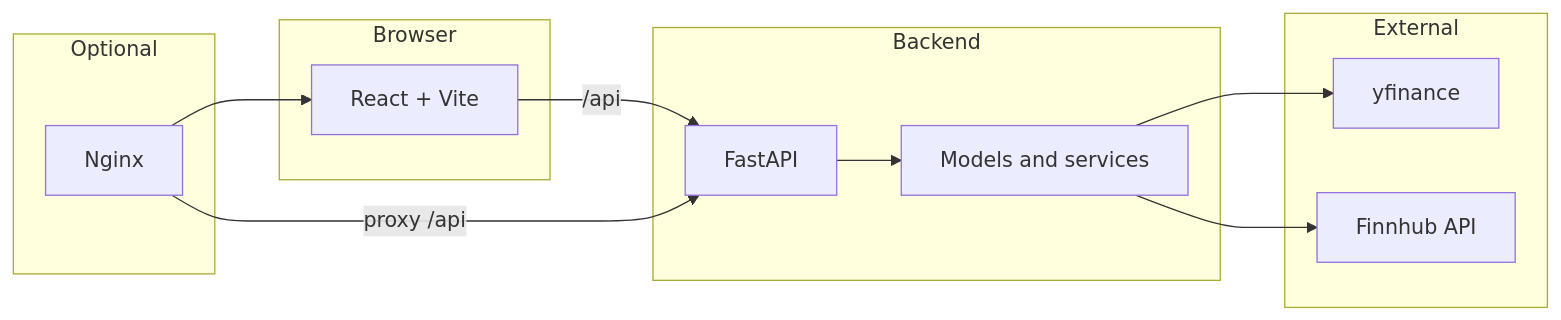
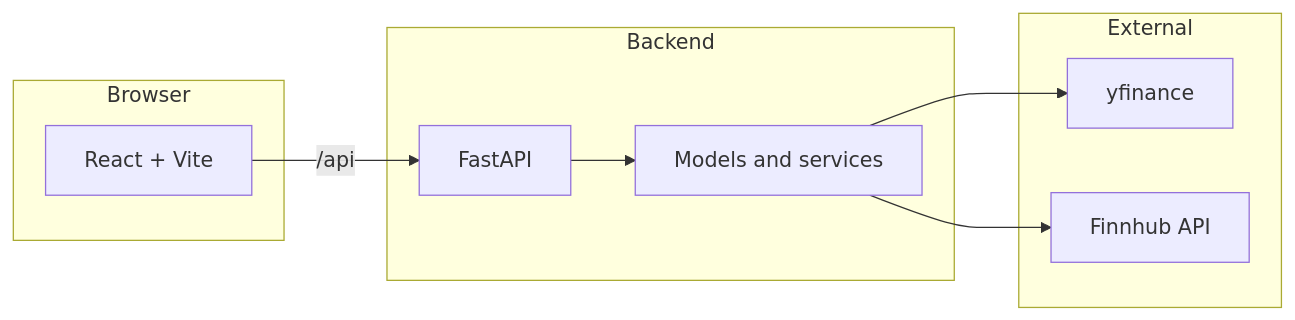
The diagram in README.md (deepsahu21/Quantara), drawn with Mermaid before and after one commit. The commit also changed other lines of this file and 40 other files, not shown here.

````diff
--- a/README.md
+++ b/README.md
@@ -72,23 +75,18 @@
 ```mermaid
 flowchart LR
   subgraph client [Browser]
     UI[React + Vite]
-  end
-  subgraph edge [Optional]
-    NG[Nginx]
   end
   subgraph api [Backend]
     FA[FastAPI]
     ML[Models and services]
     FA --> ML
   end
   subgraph data [External]
     YF[yfinance]
     FH[Finnhub API]
   end
   UI -->|"/api"| FA
-  NG --> UI
-  NG -->|proxy /api| FA
   ML --> YF
   ML --> FH
 ```
````
